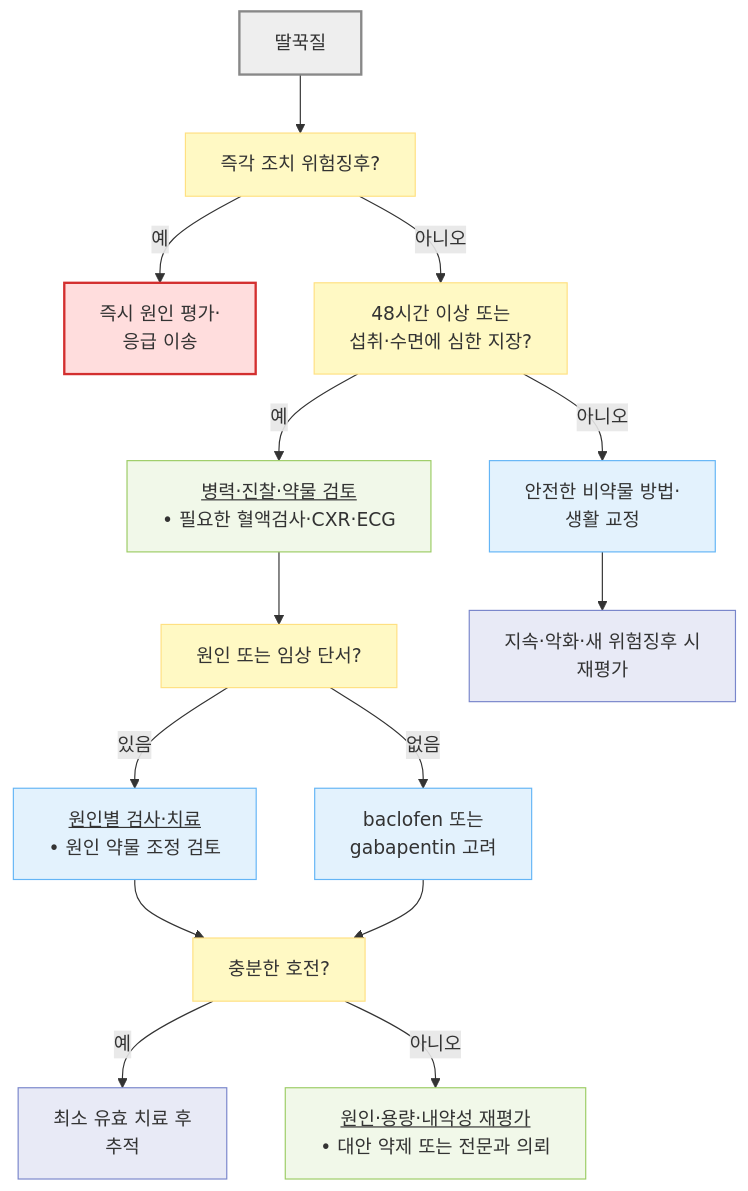
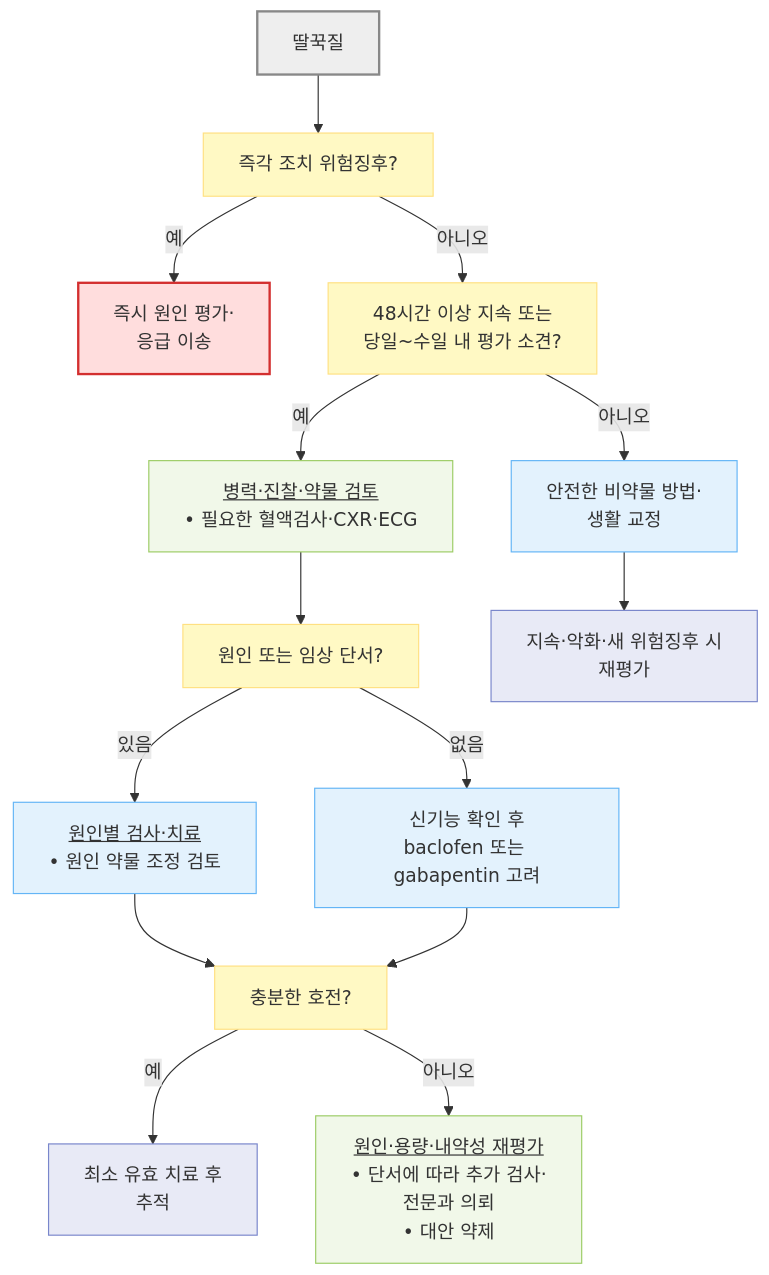
The diagram in 220_/010_-hiccups-singultus.md (familyoh77/familyoh77), drawn with Mermaid before and after one commit. The commit also changed other lines of this file and 5 other files, not shown here.

````diff
--- a/220_/010_-hiccups-singultus.md
+++ b/220_/010_-hiccups-singultus.md
@@ -120,28 +122,28 @@
 ```mermaid
 flowchart TD
     A["딸꾹질"] --> B["즉각 조치 위험징후?"]
     B -- "예" --> C["즉시 원인 평가·<br/>응급 이송"]
-    B -- "아니오" --> D["48시간 이상 또는<br/>섭취·수면에 심한 지장?"]
+    B -- "아니오" --> D["48시간 이상 지속 또는<br/>당일~수일 내 평가 소견?"]
     D -- "아니오" --> E["안전한 비약물 방법·<br/>생활 교정"]
     D -- "예" --> F["<u>병력·진찰·약물 검토</u><br/>• 필요한 혈액검사·CXR·ECG"]
     F --> G["원인 또는 임상 단서?"]
     G -- "있음" --> H["<u>원인별 검사·치료</u><br/>• 원인 약물 조정 검토"]
-    G -- "없음" --> I["baclofen 또는 <br/>gabapentin 고려"]
+    G -- "없음" --> I["신기능 확인 후<br/>baclofen 또는 gabapentin 고려"]
     H --> J["충분한 호전?"]
     I --> J
     J -- "예" --> K["최소 유효 치료 후 <br/>추적"]
-    J -- "아니오" --> L["<u>원인·용량·내약성 재평가</u><br/>• 대안 약제 또는 전문과 의뢰"]
+    J -- "아니오" --> L["<u>원인·용량·내약성 재평가</u><br/>• 단서에 따라 추가 검사·<br/>전문과 의뢰<br/>• 대안 약제"]
     E --> M["지속·악화·새 위험징후 시 <br/>재평가"]
     classDef start fill:#eeeeee,stroke:#888888,stroke-width:2px
     classDef question fill:#fff9c4,stroke:#ffe082
     classDef emergency fill:#ffdddd,stroke:#d32f2f,stroke-width:2px
     classDef evaluation fill:#f1f8e9,stroke:#9ccc65
     classDef treatment fill:#e3f2fd,stroke:#64b5f6
     classDef followup fill:#e8eaf6,stroke:#7986cb
     class A start
     class B,D,G,J question
     class C emergency
     class F,L evaluation
     class E,H,I treatment
     class K,M followup
 ```
````
